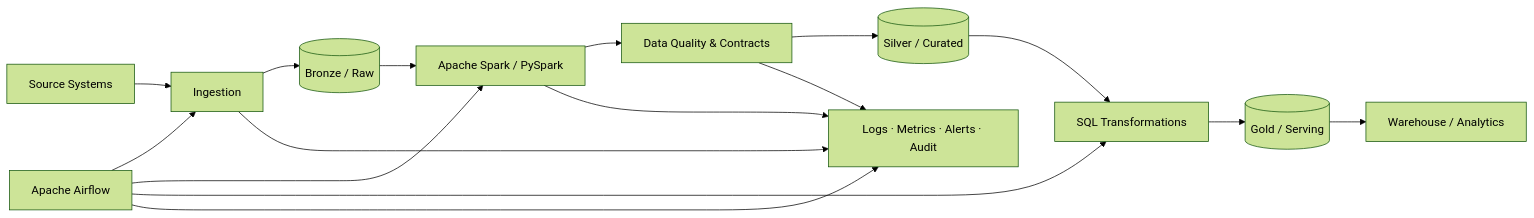
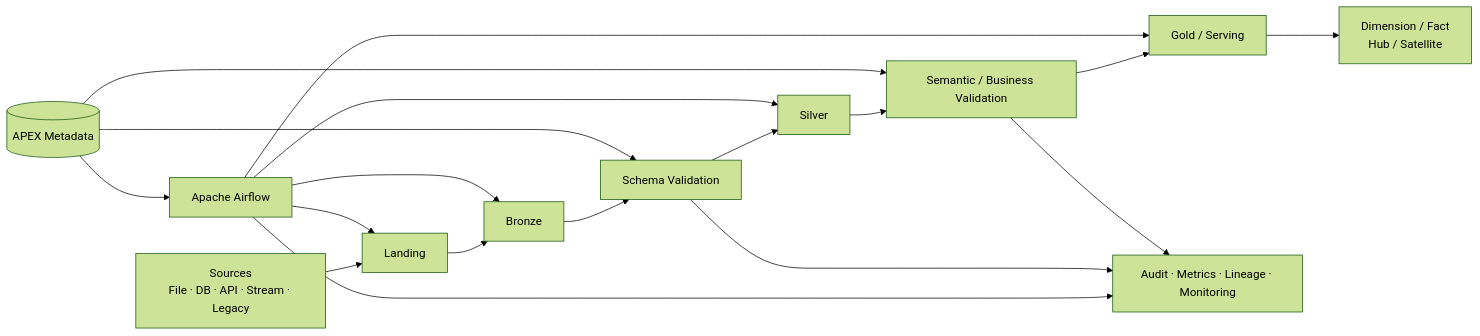
Before and after one commit to sam2881/enterprise-data-pipelines: the first of 2 diagrams in README.md, drawn with Mermaid (forest theme). The commit also changed other lines of this file, not shown here.

Commit message:
docs: document implemented APEX data platform capabilities

````diff
--- a/README.md
+++ b/README.md
@@ -9,18 +11,24 @@
 ```mermaid
 flowchart LR
-    S[Source Systems] --> I[Ingestion]
-    I --> B[(Bronze / Raw)]
-    B --> SP[Apache Spark / PySpark]
-    SP --> Q[Data Quality & Contracts]
-    Q --> SI[(Silver / Curated)]
-    SI --> SQL[SQL Transformations]
-    SQL --> G[(Gold / Serving)]
-    AF[Apache Airflow] --> I
-    AF --> SP
-    AF --> SQL
-    G --> WH[Warehouse / Analytics]
-    AF --> OBS[Logs · Metrics · Alerts · Audit]
-    I --> OBS
-    SP --> OBS
-    Q --> OBS
+    S[Sources\nFile · DB · API · Stream · Legacy] --> L[Landing]
+    L --> B[Bronze]
+    B --> V1[Schema Validation]
+    V1 --> SI[Silver]
+    SI --> V2[Semantic / Business Validation]
+    V2 --> G[Gold / Serving]
+
+    AF[Apache Airflow] --> L
+    AF --> B
+    AF --> SI
+    AF --> G
+
+    META[(APEX Metadata)] --> AF
+    META --> V1
+    META --> V2
+
+    G --> M[Dimension / Fact\nHub / Satellite]
+
+    AF --> OBS[Audit · Metrics · Lineage · Monitoring]
+    V1 --> OBS
+    V2 --> OBS
 ```
````
